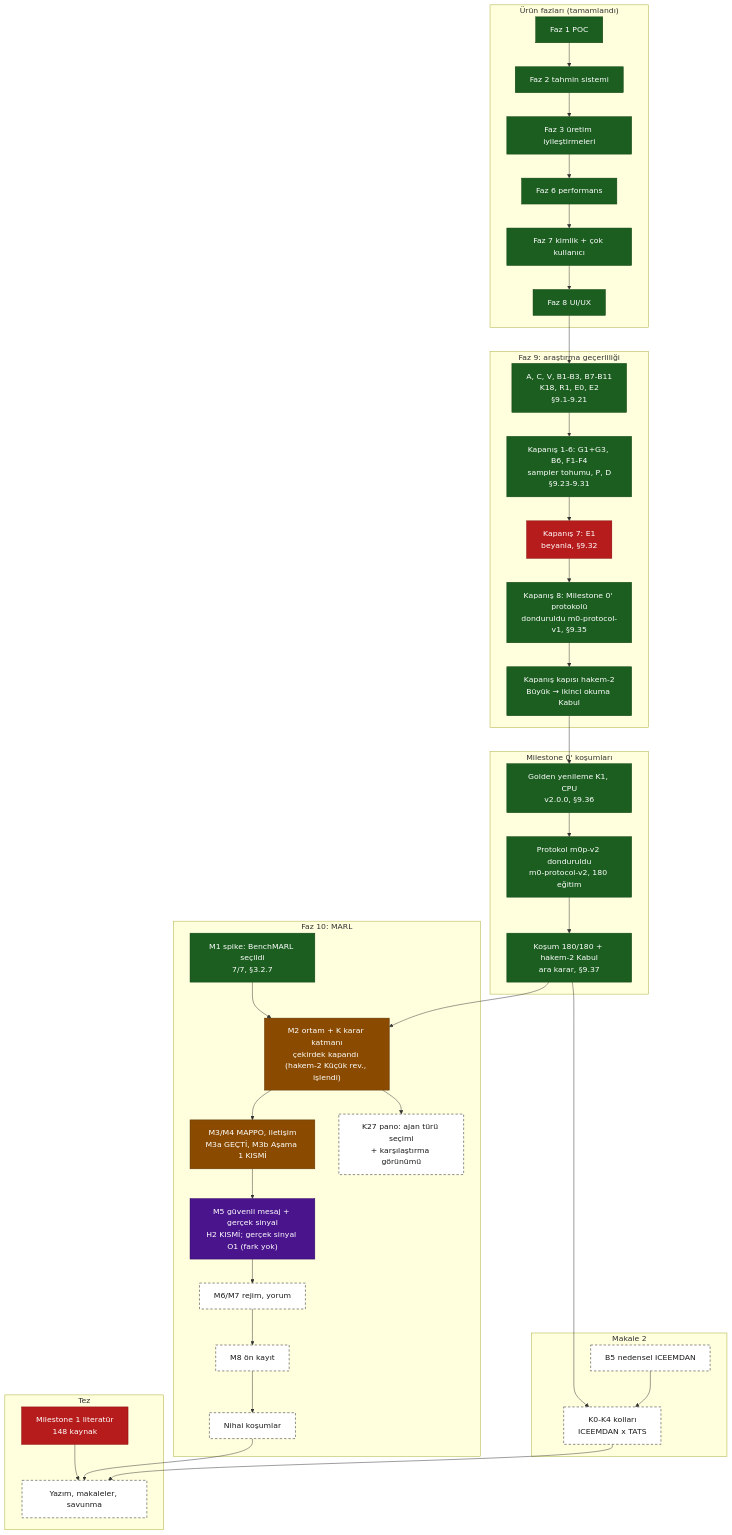
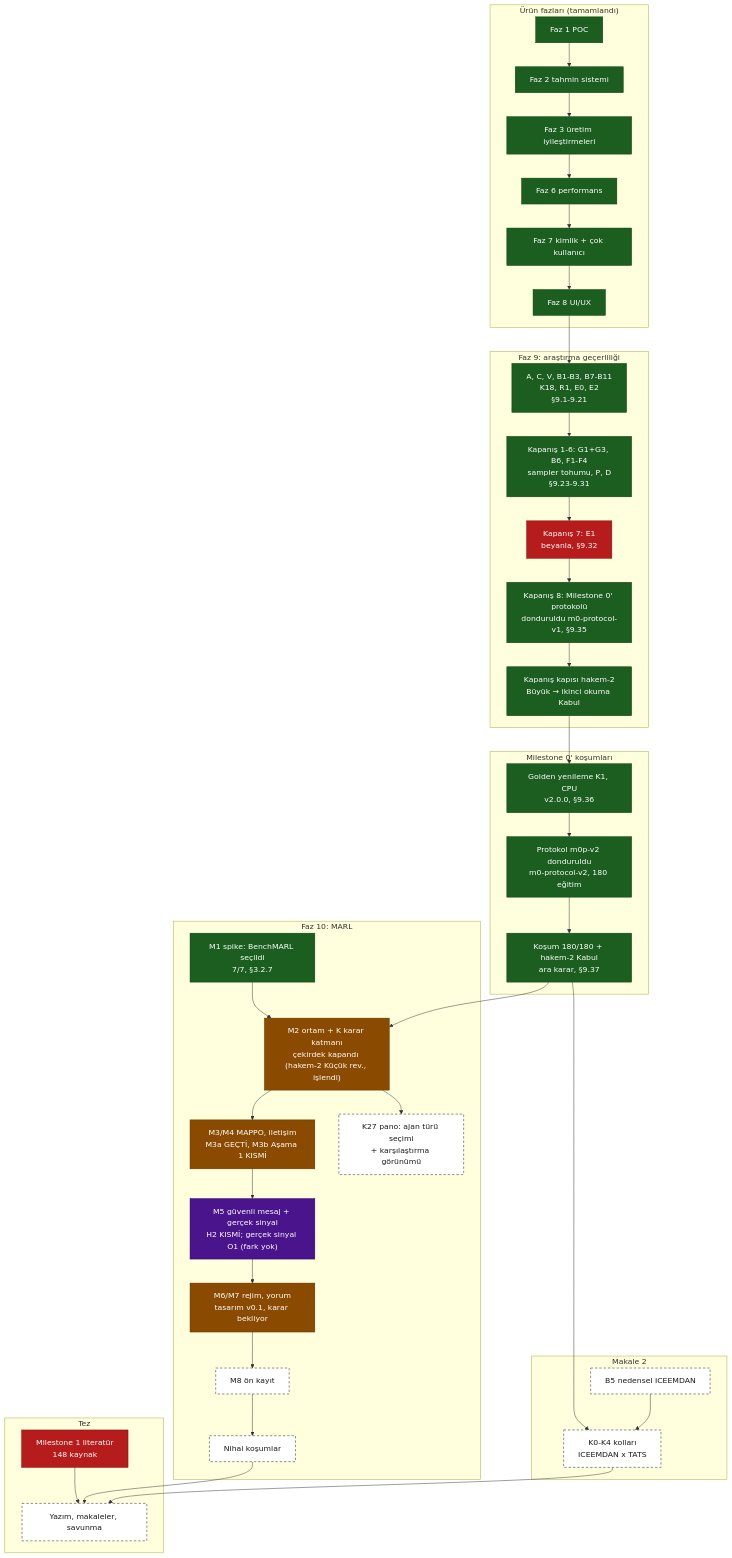
Before and after one commit to softdevcan/RL-Trading-Project: the second of 2 diagrams in docs/development/system-map.md, drawn with Mermaid. The commit also changed other lines of this file and 3 other files, not shown here.

````diff
--- a/docs/development/system-map.md
+++ b/docs/development/system-map.md
@@ -112,63 +112,63 @@
 ```mermaid
 flowchart TB
   classDef done fill:#1b5e20,stroke:#0b3d10,color:#ffffff
   classDef partial fill:#b71c1c,stroke:#7f0000,color:#ffffff
   classDef active fill:#8a4b00,stroke:#5a3000,color:#ffffff
   classDef decision fill:#4a148c,stroke:#2a0060,color:#ffffff
   classDef planned fill:#ffffff,stroke:#1a1a1a,stroke-dasharray:5 4,color:#1a1a1a
 
   subgraph URUN["Ürün fazları (tamamlandı)"]
     F1["Faz 1 POC"]:::done
     F2["Faz 2 tahmin sistemi"]:::done
     F3["Faz 3 üretim iyileştirmeleri"]:::done
     F6["Faz 6 performans"]:::done
     F7["Faz 7 kimlik + çok kullanıcı"]:::done
     F8["Faz 8 UI/UX"]:::done
   end
 
   subgraph F9["Faz 9: araştırma geçerliliği"]
     P9A["A, C, V, B1-B3, B7-B11<br/>K18, R1, E0, E2<br/>§9.1-9.21"]:::done
     P9B["Kapanış 1-6: G1+G3, B6, F1-F4<br/>sampler tohumu, P, D<br/>§9.23-9.31"]:::done
     P9E["Kapanış 7: E1<br/>beyanla, §9.32"]:::partial
     P9M["Kapanış 8: Milestone 0' protokolü<br/>donduruldu m0-protocol-v1, §9.35"]:::done
     H2["Kapanış kapısı hakem-2<br/>Büyük → ikinci okuma Kabul"]:::done
   end
 
   subgraph M0["Milestone 0' koşumları"]
     GOLD["Golden yenileme K1, CPU<br/>v2.0.0, §9.36"]:::done
     PRE["Protokol m0p-v2 donduruldu<br/>m0-protocol-v2, 180 eğitim"]:::done
     FIN["Koşum 180/180 + hakem-2 Kabul<br/>ara karar, §9.37"]:::done
   end
 
   subgraph M2P["Makale 2"]
     B5["B5 nedensel ICEEMDAN"]:::planned
     K0K4["K0-K4 kolları<br/>ICEEMDAN x TATS"]:::planned
   end
 
   subgraph F10["Faz 10: MARL"]
     M1["M1 spike: BenchMARL seçildi<br/>7/7, §3.2.7"]:::done
     M2["M2 ortam + K karar katmanı<br/>çekirdek kapandı (hakem-2 Küçük rev., işlendi)"]:::active
     M34["M3/M4 MAPPO, iletişim<br/>M3a GEÇTİ, M3b Aşama 1 KISMİ"]:::active
     M5["M5 güvenli mesaj + gerçek sinyal<br/>H2 KISMİ; gerçek sinyal O1 (fark yok)"]:::decision
-    M67["M6/M7 rejim, yorum"]:::planned
+    M67["M6/M7 rejim, yorum<br/>tasarım v0.1, karar bekliyor"]:::active
     M8["M8 ön kayıt"]:::planned
     FINAL["Nihai koşumlar"]:::planned
     K27["K27 pano: ajan türü seçimi<br/>+ karşılaştırma görünümü"]:::planned
   end
 
   subgraph TEZ["Tez"]
     T1["Milestone 1 literatür<br/>148 kaynak"]:::partial
     T4["Yazım, makaleler, savunma"]:::planned
   end
 
   F1 --> F2 --> F3 --> F6 --> F7 --> F8 --> P9A --> P9B --> P9E --> P9M --> H2
   H2 --> GOLD --> PRE --> FIN
   FIN --> K0K4
   B5 --> K0K4
   M1 --> M2
   FIN --> M2 --> M34 --> M5 --> M67 --> M8 --> FINAL
   M2 --> K27
   T1 --> T4
   FINAL --> T4
   K0K4 --> T4
 ```
````
